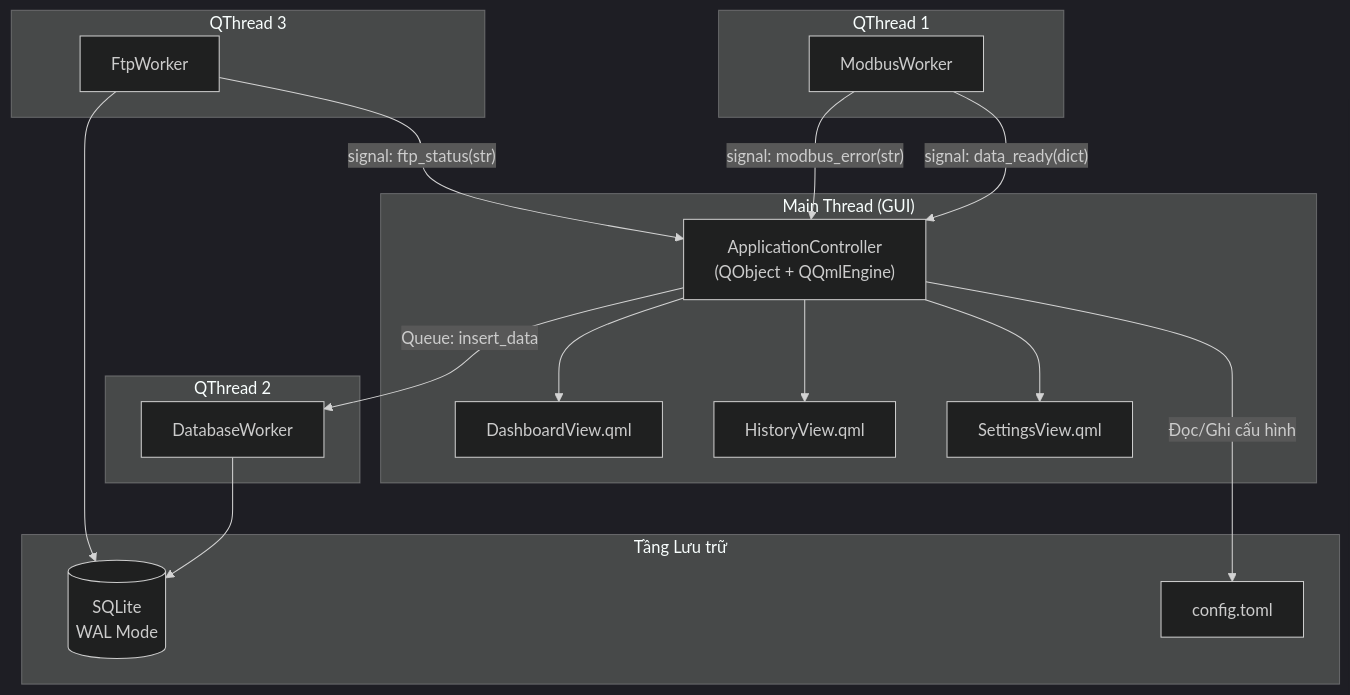
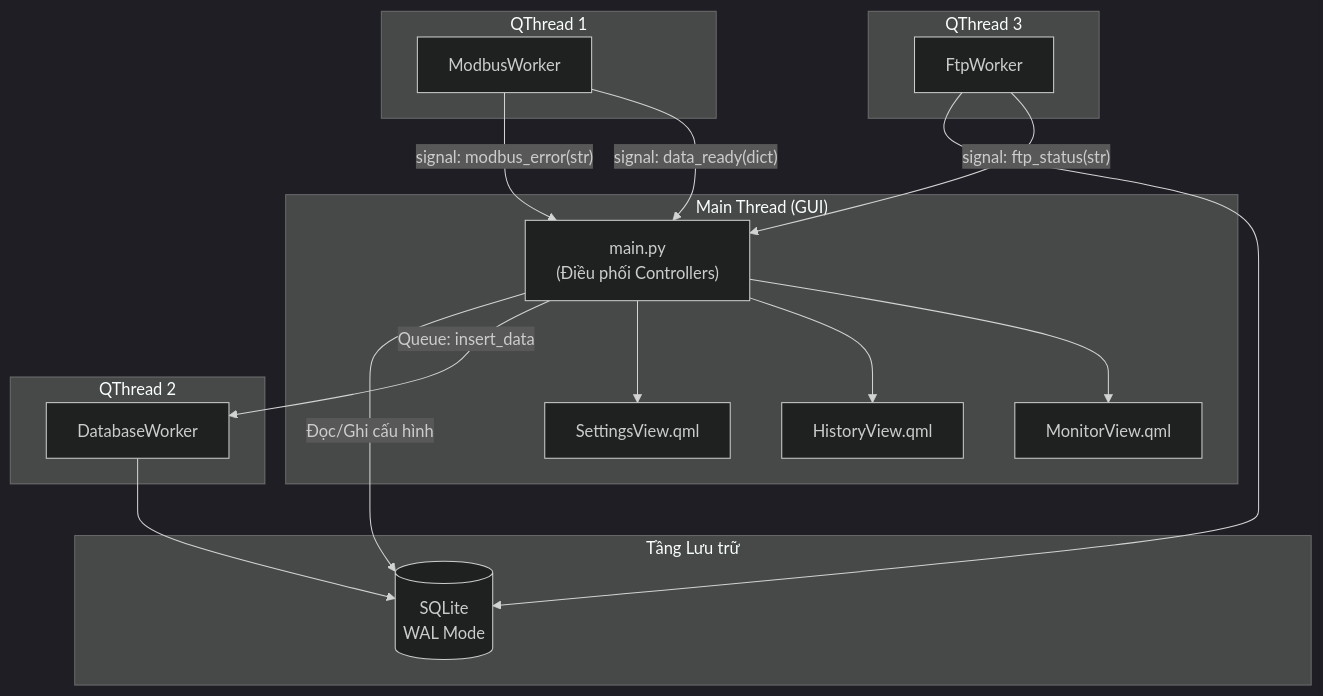
Before and after one commit to quytttb/data-logger: the second of 6 diagrams in plan/report/3_thiet_ke_he_thong.md, drawn with Mermaid (dark theme). The commit also changed other lines of this file and 50 other files, not shown here.

Commit message:
feat: rename Dashboard→Monitor, add DatePicker, center grid, fix QML warnings, remove i18n, add setup.sh

````diff
--- a/plan/report/3_thiet_ke_he_thong.md
+++ b/plan/report/3_thiet_ke_he_thong.md
@@ -58,36 +58,35 @@
 ```mermaid
 flowchart TD
     subgraph MainThread ["Main Thread (GUI)"]
-        MW["ApplicationController<br>(QObject + QQmlEngine)"]
-        DW["DashboardView.qml"]
+        MW["main.py<br>(Điều phối Controllers)"]
+        DW["MonitorView.qml"]
         HW["HistoryView.qml"]
         SD["SettingsView.qml"]
         MW --> DW & HW & SD
     end
 
     subgraph T1 ["QThread 1"]
         MBW["ModbusWorker"]
     end
 
     subgraph T2 ["QThread 2"]
         DBW["DatabaseWorker"]
     end
 
     subgraph T3 ["QThread 3"]
         FTPW["FtpWorker"]
     end
 
     MBW -- "signal: data_ready(dict)" --> MW
     MBW -- "signal: modbus_error(str)" --> MW
     MW -- "Queue: insert_data" --> DBW
     FTPW -- "signal: ftp_status(str)" --> MW
 
     subgraph Storage ["Tầng Lưu trữ"]
         DB[("SQLite<br>WAL Mode")]
-        TOML["config.toml"]
     end
 
     DBW --> DB
     FTPW --> DB
-    MW -- "Đọc/Ghi cấu hình" --> TOML
+    MW -- "Đọc/Ghi cấu hình" --> DB
 ```
````
